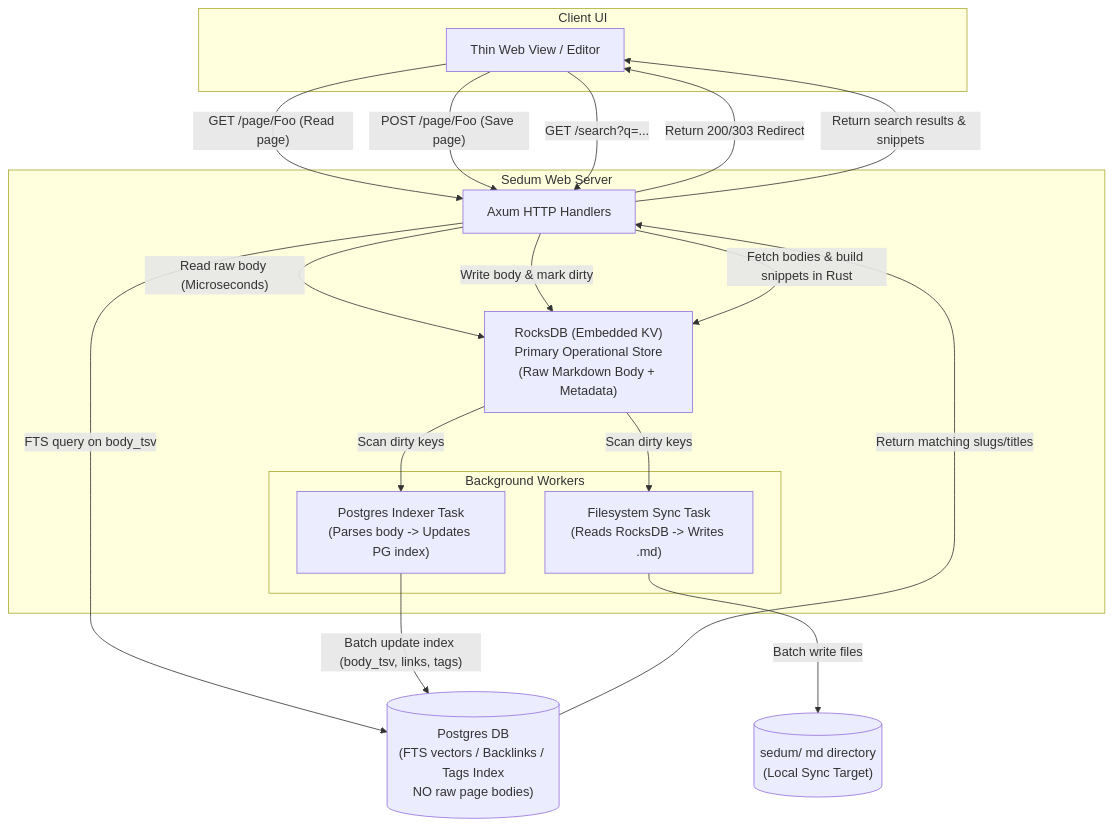
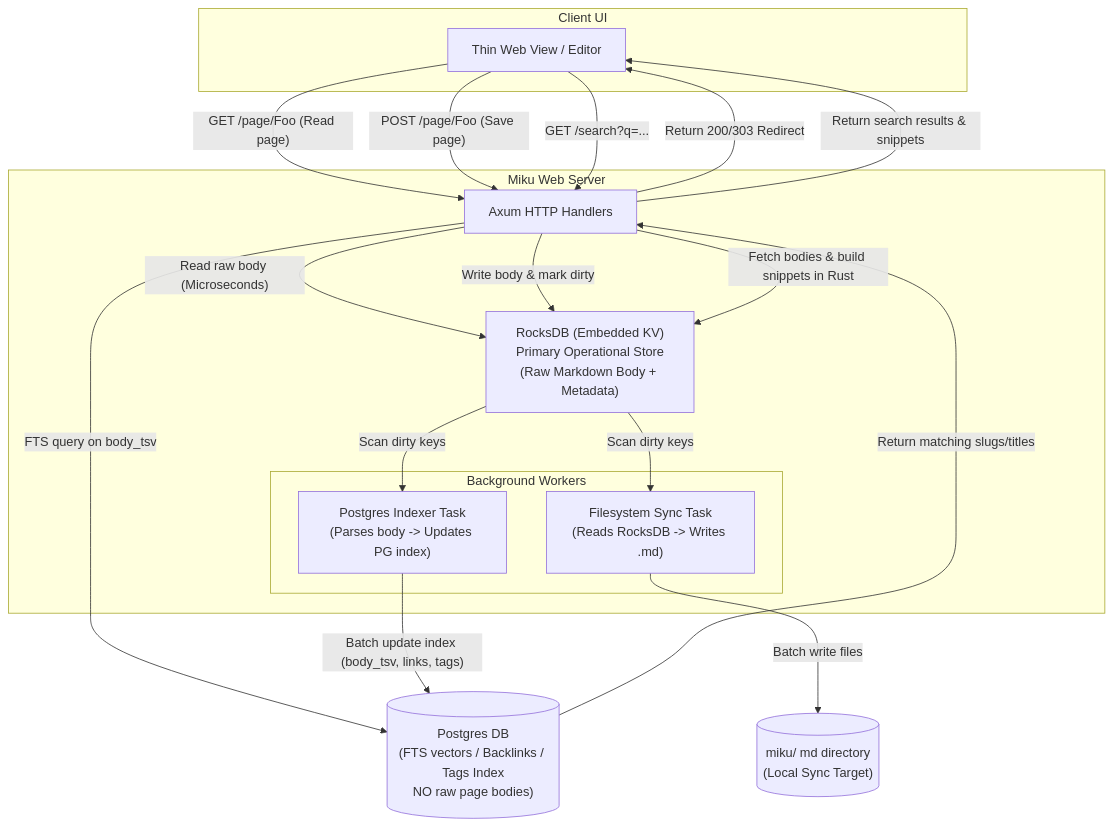
The diagram in docs/rocksdb_postgres_hybrid_design.md (azusachino/sedum), drawn with Mermaid before and after one commit. The commit also changed 27 other files, not shown here.

First line of the commit message:
docs: rebrand sedum -> miku across docs and instructions

````diff
--- a/docs/rocksdb_postgres_hybrid_design.md
+++ b/docs/rocksdb_postgres_hybrid_design.md
@@ -9,37 +9,37 @@
 ```mermaid
 flowchart TD
     subgraph Browser ["Client UI"]
         UI["Thin Web View / Editor"]
     end
 
-    subgraph Server ["Sedum Web Server"]
+    subgraph Server ["Miku Web Server"]
         Axum["Axum HTTP Handlers"]
         Rocks["RocksDB (Embedded KV)\nPrimary Operational Store\n(Raw Markdown Body + Metadata)"]
         
         subgraph Background ["Background Workers"]
             IndexerTask["Postgres Indexer Task\n(Parses body -> Updates PG index)"]
             FileSyncTask["Filesystem Sync Task\n(Reads RocksDB -> Writes .md)"]
         end
     end
 
     PG[("Postgres DB\n(FTS vectors / Backlinks / Tags Index\nNO raw page bodies)")]
-    FS[("sedum/ md directory\n(Local Sync Target)")]
+    FS[("miku/ md directory\n(Local Sync Target)")]
 
     UI -->|"GET /page/Foo (Read page)"| Axum
     Axum -->|"Read raw body (Microseconds)"| Rocks
     UI -->|"POST /page/Foo (Save page)"| Axum
     Axum -->|"Write body & mark dirty"| Rocks
     Axum -->|"Return 200/303 Redirect"| UI
 
     UI -->|"GET /search?q=..."| Axum
     Axum -->|"FTS query on body_tsv"| PG
     PG -->|"Return matching slugs/titles"| Axum
     Axum -->|"Fetch bodies & build snippets in Rust"| Rocks
     Axum -->|"Return search results & snippets"| UI
 
     Rocks -->|"Scan dirty keys"| IndexerTask
     IndexerTask -->|"Batch update index (body_tsv, links, tags)"| PG
 
     Rocks -->|"Scan dirty keys"| FileSyncTask
     FileSyncTask -->|"Batch write files"| FS
 ```
````
